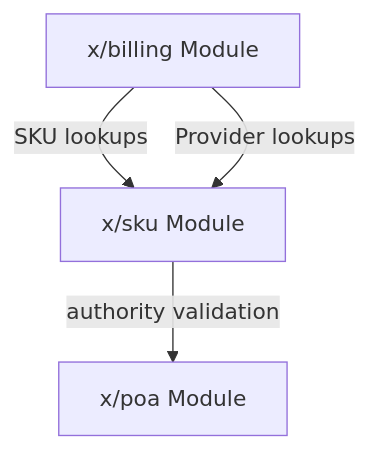
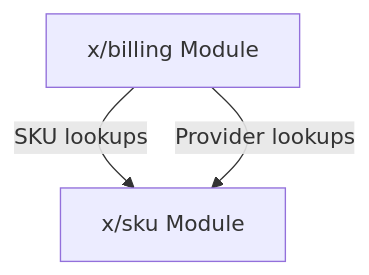
The first of 6 diagrams in x/sku/docs/ARCHITECTURE.md (manifest-network/manifest-ledger), drawn with Mermaid before and after one commit. The commit also changed other lines of this file and 16 other files, not shown here.

First line of the commit message:
docs(sku,billing): sync module documentation with code (v2.1.0→v2.3.1 audit) (#170)

````diff
--- a/x/sku/docs/ARCHITECTURE.md
+++ b/x/sku/docs/ARCHITECTURE.md
@@ -11,10 +11,8 @@
 ```mermaid
 graph TD
     SKU[x/sku Module]
-    POA[x/poa Module]
     Billing[x/billing Module]
-    
-    SKU -->|authority validation| POA
+
     Billing -->|SKU lookups| SKU
     Billing -->|Provider lookups| SKU
 ```
````
